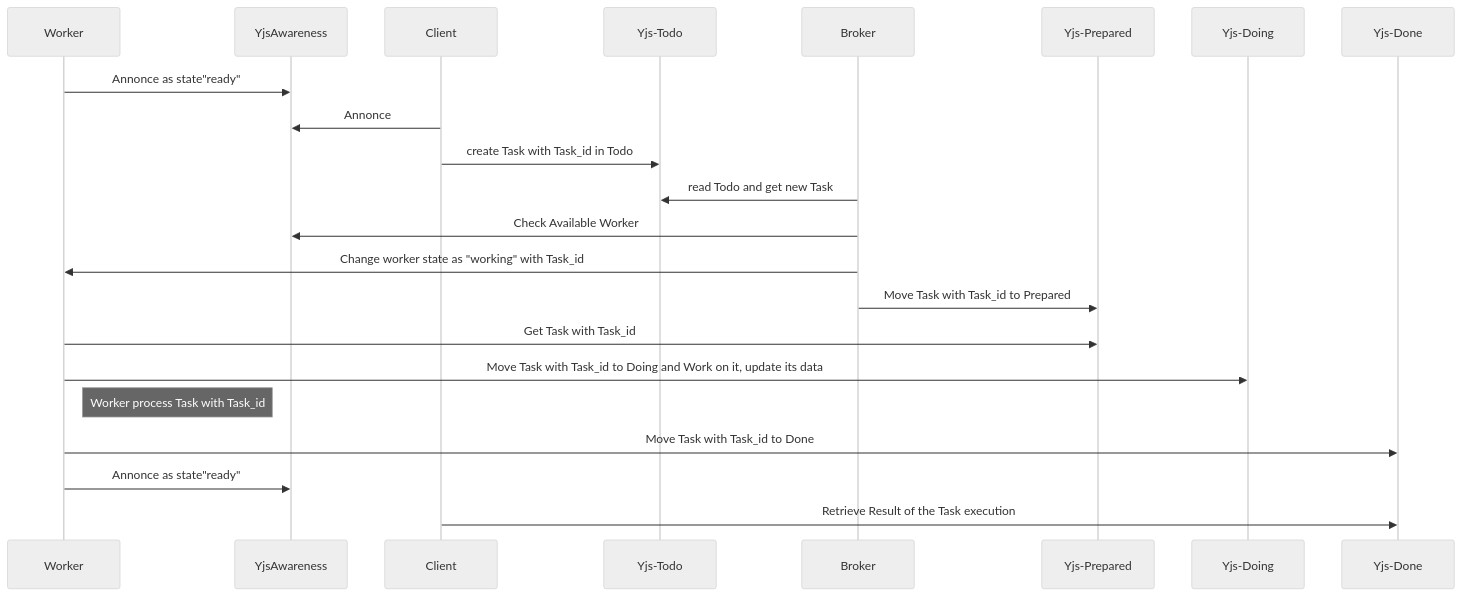
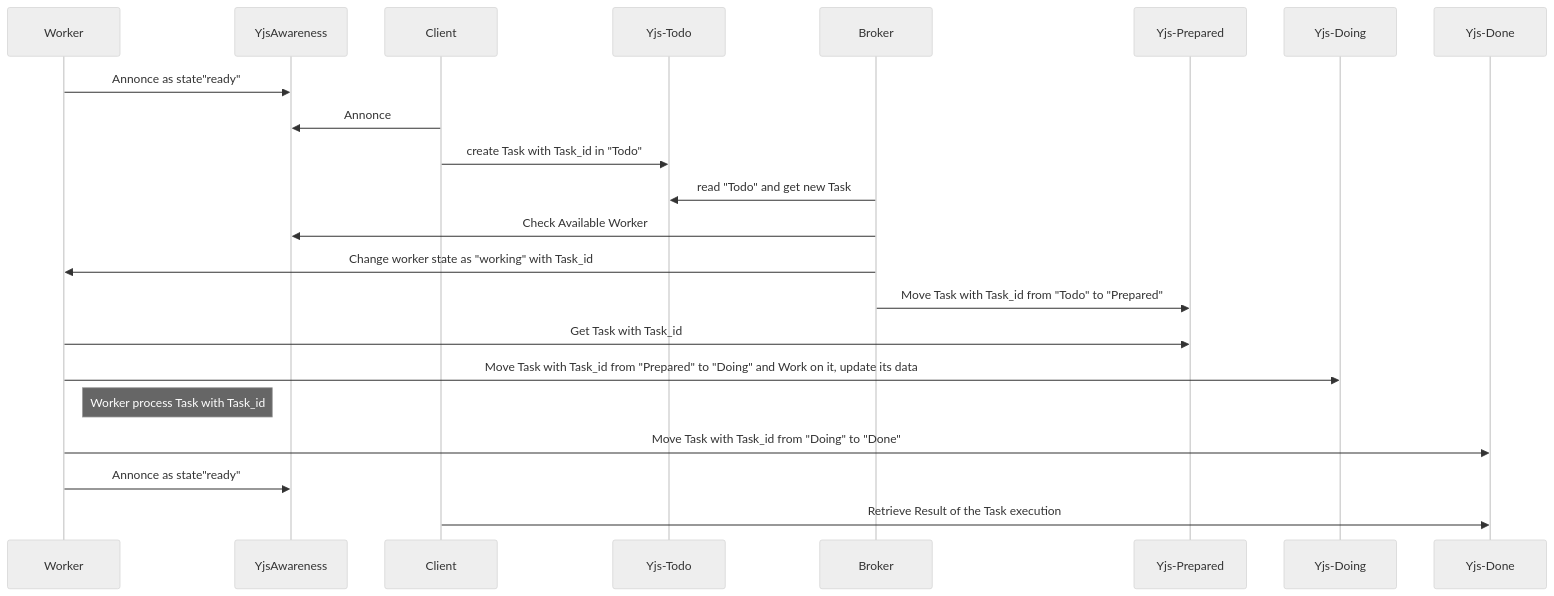
One commit to scenaristeur/igora changed the third of 3 diagrams in architecture.md. Above: the diagram before and after it, drawn with Mermaid (neutral theme). The commit also changed other lines of this file, not shown here.

````diff
--- a/architecture.md
+++ b/architecture.md
@@ -53,17 +54,17 @@
 ```mermaid
 sequenceDiagram;
     Worker ->>YjsAwareness: Annonce as state"ready"
     Client ->>YjsAwareness: Annonce
-    Client ->>Yjs-Todo: create Task with Task_id in Todo
-    Broker ->>Yjs-Todo: read Todo and get new Task
+    Client ->>Yjs-Todo: create Task with Task_id in "Todo"
+    Broker ->>Yjs-Todo: read "Todo" and get new Task
     Broker ->>YjsAwareness: Check Available Worker
     Broker ->>Worker: Change worker state as "working" with Task_id
-    Broker ->>Yjs-Prepared: Move Task with Task_id to Prepared
+    Broker ->>Yjs-Prepared: Move Task with Task_id from "Todo" to "Prepared"
     Worker ->>Yjs-Prepared: Get Task with Task_id
-    Worker ->>Yjs-Doing: Move Task with Task_id to Doing and Work on it, update its data
+    Worker ->>Yjs-Doing: Move Task with Task_id from "Prepared" to "Doing" and Work on it, update its data
     Note right of Worker: Worker process Task with Task_id
-    Worker ->>Yjs-Done: Move Task with Task_id to Done
+    Worker ->>Yjs-Done: Move Task with Task_id from "Doing" to "Done"
     Worker ->>YjsAwareness: Annonce as state"ready"
     Client ->>Yjs-Done: Retrieve Result of the Task execution
 
 ```
````
